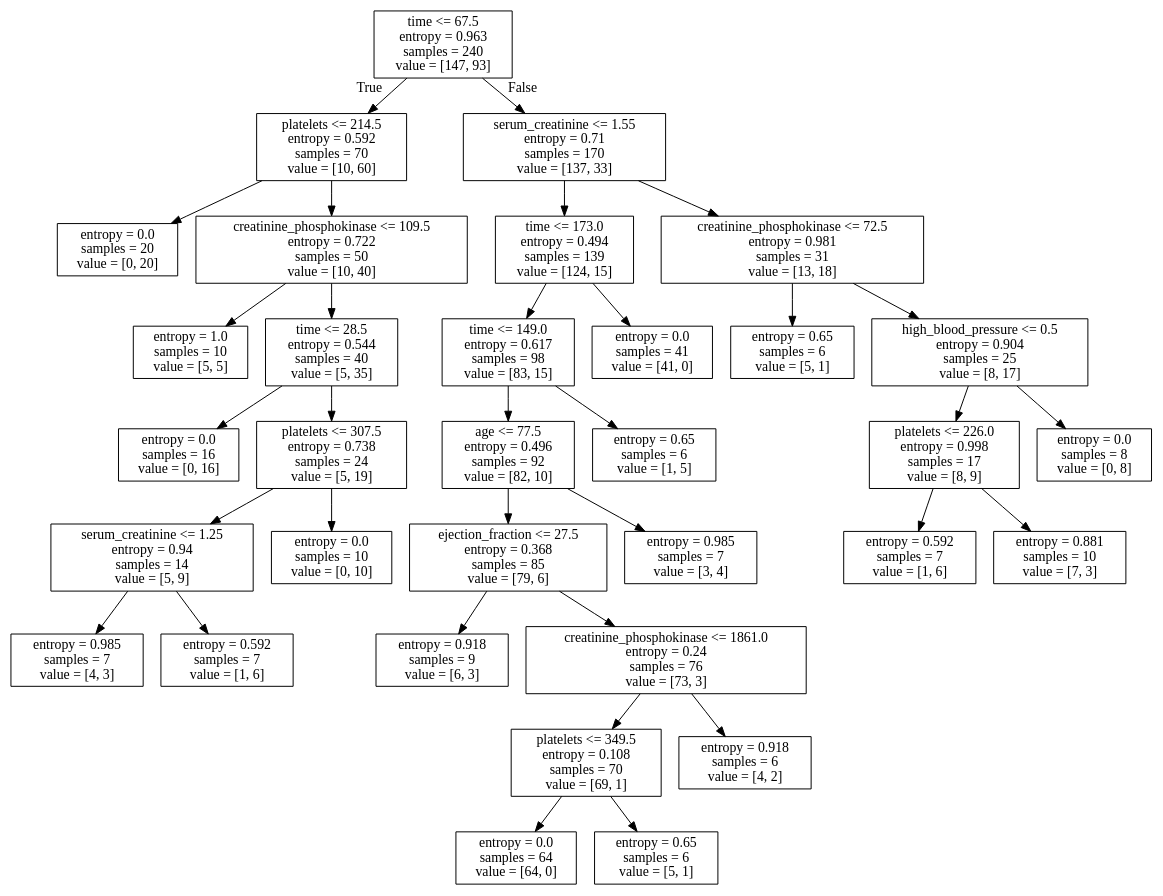
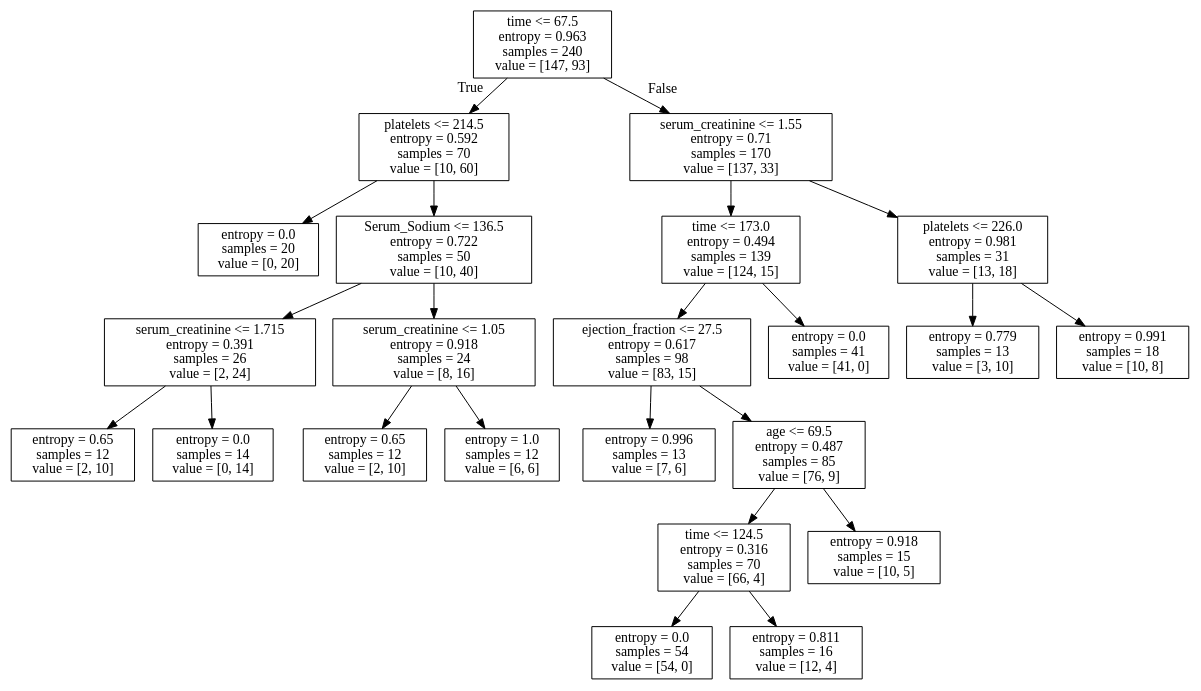
The diagram in mytree.dot (shantanu779/data_science), drawn with Graphviz before and after one commit. The commit also changed 1 other file, not shown here.

```diff
--- a/mytree.dot
+++ b/mytree.dot
@@ -1,68 +1,48 @@
 digraph Tree {
 node [shape=box] ;
 0 [label="time <= 67.5\nentropy = 0.963\nsamples = 240\nvalue = [147, 93]"] ;
 1 [label="platelets <= 214.5\nentropy = 0.592\nsamples = 70\nvalue = [10, 60]"] ;
 0 -> 1 [labeldistance=2.5, labelangle=45, headlabel="True"] ;
 2 [label="entropy = 0.0\nsamples = 20\nvalue = [0, 20]"] ;
 1 -> 2 ;
-3 [label="creatinine_phosphokinase <= 109.5\nentropy = 0.722\nsamples = 50\nvalue = [10, 40]"] ;
+3 [label="Serum_Sodium <= 136.5\nentropy = 0.722\nsamples = 50\nvalue = [10, 40]"] ;
 1 -> 3 ;
-4 [label="entropy = 1.0\nsamples = 10\nvalue = [5, 5]"] ;
+4 [label="serum_creatinine <= 1.715\nentropy = 0.391\nsamples = 26\nvalue = [2, 24]"] ;
 3 -> 4 ;
-5 [label="time <= 28.5\nentropy = 0.544\nsamples = 40\nvalue = [5, 35]"] ;
-3 -> 5 ;
-6 [label="entropy = 0.0\nsamples = 16\nvalue = [0, 16]"] ;
-5 -> 6 ;
-7 [label="platelets <= 307.5\nentropy = 0.738\nsamples = 24\nvalue = [5, 19]"] ;
-5 -> 7 ;
-8 [label="serum_creatinine <= 1.25\nentropy = 0.94\nsamples = 14\nvalue = [5, 9]"] ;
+5 [label="entropy = 0.65\nsamples = 12\nvalue = [2, 10]"] ;
+4 -> 5 ;
+6 [label="entropy = 0.0\nsamples = 14\nvalue = [0, 14]"] ;
+4 -> 6 ;
+7 [label="serum_creatinine <= 1.05\nentropy = 0.918\nsamples = 24\nvalue = [8, 16]"] ;
+3 -> 7 ;
+8 [label="entropy = 0.65\nsamples = 12\nvalue = [2, 10]"] ;
 7 -> 8 ;
-9 [label="entropy = 0.985\nsamples = 7\nvalue = [4, 3]"] ;
-8 -> 9 ;
-10 [label="entropy = 0.592\nsamples = 7\nvalue = [1, 6]"] ;
-8 -> 10 ;
-11 [label="entropy = 0.0\nsamples = 10\nvalue = [0, 10]"] ;
-7 -> 11 ;
-12 [label="serum_creatinine <= 1.55\nentropy = 0.71\nsamples = 170\nvalue = [137, 33]"] ;
-0 -> 12 [labeldistance=2.5, labelangle=-45, headlabel="False"] ;
-13 [label="time <= 173.0\nentropy = 0.494\nsamples = 139\nvalue = [124, 15]"] ;
+9 [label="entropy = 1.0\nsamples = 12\nvalue = [6, 6]"] ;
+7 -> 9 ;
+10 [label="serum_creatinine <= 1.55\nentropy = 0.71\nsamples = 170\nvalue = [137, 33]"] ;
+0 -> 10 [labeldistance=2.5, labelangle=-45, headlabel="False"] ;
+11 [label="time <= 173.0\nentropy = 0.494\nsamples = 139\nvalue = [124, 15]"] ;
+10 -> 11 ;
+12 [label="ejection_fraction <= 27.5\nentropy = 0.617\nsamples = 98\nvalue = [83, 15]"] ;
+11 -> 12 ;
+13 [label="entropy = 0.996\nsamples = 13\nvalue = [7, 6]"] ;
 12 -> 13 ;
-14 [label="time <= 149.0\nentropy = 0.617\nsamples = 98\nvalue = [83, 15]"] ;
-13 -> 14 ;
-15 [label="age <= 77.5\nentropy = 0.496\nsamples = 92\nvalue = [82, 10]"] ;
+14 [label="age <= 69.5\nentropy = 0.487\nsamples = 85\nvalue = [76, 9]"] ;
+12 -> 14 ;
+15 [label="time <= 124.5\nentropy = 0.316\nsamples = 70\nvalue = [66, 4]"] ;
 14 -> 15 ;
-16 [label="ejection_fraction <= 27.5\nentropy = 0.368\nsamples = 85\nvalue = [79, 6]"] ;
+16 [label="entropy = 0.0\nsamples = 54\nvalue = [54, 0]"] ;
 15 -> 16 ;
-17 [label="entropy = 0.918\nsamples = 9\nvalue = [6, 3]"] ;
-16 -> 17 ;
-18 [label="creatinine_phosphokinase <= 1861.0\nentropy = 0.24\nsamples = 76\nvalue = [73, 3]"] ;
-16 -> 18 ;
-19 [label="platelets <= 349.5\nentropy = 0.108\nsamples = 70\nvalue = [69, 1]"] ;
-18 -> 19 ;
-20 [label="entropy = 0.0\nsamples = 64\nvalue = [64, 0]"] ;
-19 -> 20 ;
-21 [label="entropy = 0.65\nsamples = 6\nvalue = [5, 1]"] ;
-19 -> 21 ;
-22 [label="entropy = 0.918\nsamples = 6\nvalue = [4, 2]"] ;
-18 -> 22 ;
-23 [label="entropy = 0.985\nsamples = 7\nvalue = [3, 4]"] ;
-15 -> 23 ;
-24 [label="entropy = 0.65\nsamples = 6\nvalue = [1, 5]"] ;
-14 -> 24 ;
-25 [label="entropy = 0.0\nsamples = 41\nvalue = [41, 0]"] ;
-13 -> 25 ;
-26 [label="creatinine_phosphokinase <= 72.5\nentropy = 0.981\nsamples = 31\nvalue = [13, 18]"] ;
-12 -> 26 ;
-27 [label="entropy = 0.65\nsamples = 6\nvalue = [5, 1]"] ;
-26 -> 27 ;
-28 [label="high_blood_pressure <= 0.5\nentropy = 0.904\nsamples = 25\nvalue = [8, 17]"] ;
-26 -> 28 ;
-29 [label="platelets <= 226.0\nentropy = 0.998\nsamples = 17\nvalue = [8, 9]"] ;
-28 -> 29 ;
-30 [label="entropy = 0.592\nsamples = 7\nvalue = [1, 6]"] ;
-29 -> 30 ;
-31 [label="entropy = 0.881\nsamples = 10\nvalue = [7, 3]"] ;
-29 -> 31 ;
-32 [label="entropy = 0.0\nsamples = 8\nvalue = [0, 8]"] ;
-28 -> 32 ;
+17 [label="entropy = 0.811\nsamples = 16\nvalue = [12, 4]"] ;
+15 -> 17 ;
+18 [label="entropy = 0.918\nsamples = 15\nvalue = [10, 5]"] ;
+14 -> 18 ;
+19 [label="entropy = 0.0\nsamples = 41\nvalue = [41, 0]"] ;
+11 -> 19 ;
+20 [label="platelets <= 226.0\nentropy = 0.981\nsamples = 31\nvalue = [13, 18]"] ;
+10 -> 20 ;
+21 [label="entropy = 0.779\nsamples = 13\nvalue = [3, 10]"] ;
+20 -> 21 ;
+22 [label="entropy = 0.991\nsamples = 18\nvalue = [10, 8]"] ;
+20 -> 22 ;
 }
```
